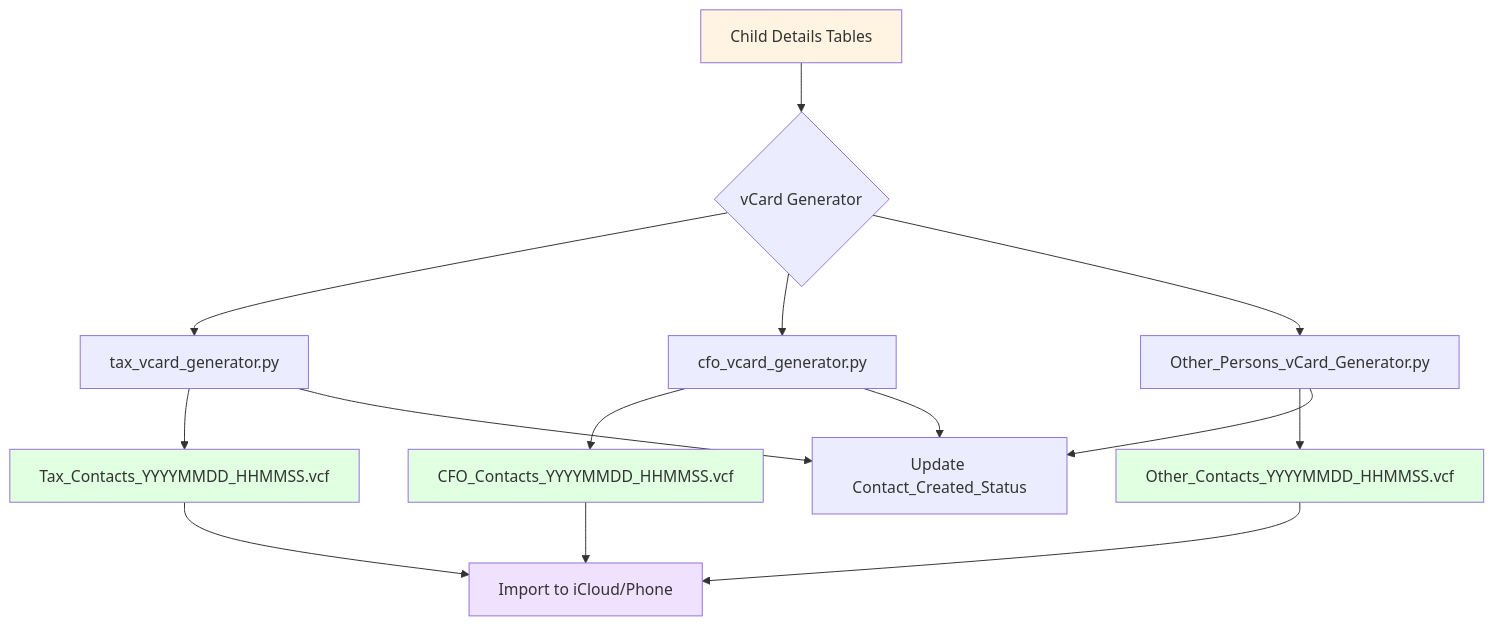
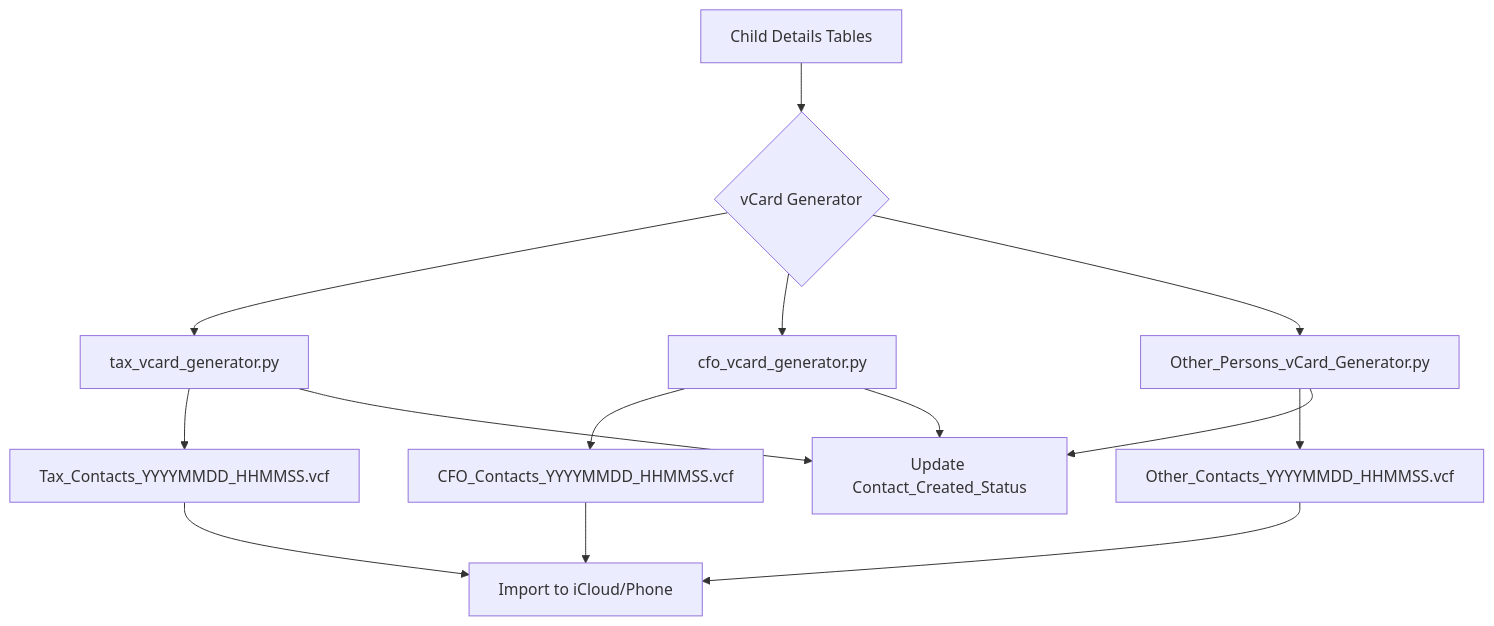
One commit to Acash-bits/tax_summit changed the seventh of 10 diagrams in Readme.md. Above: the diagram before and after it, drawn with Mermaid. The commit also changed other lines of this file, not shown here.

````diff
--- a/Readme.md
+++ b/Readme.md
@@ -792,25 +772,19 @@
 ```mermaid
 graph TB
     A[Child Details Tables] --> B{vCard Generator}
     B --> C[tax_vcard_generator.py]
     B --> D[cfo_vcard_generator.py]
     B --> E[Other_Persons_vCard_Generator.py]
     
     C --> F[Tax_Contacts_YYYYMMDD_HHMMSS.vcf]
     D --> G[CFO_Contacts_YYYYMMDD_HHMMSS.vcf]
     E --> H[Other_Contacts_YYYYMMDD_HHMMSS.vcf]
     
     F --> I[Import to iCloud/Phone]
     G --> I
     H --> I
     
     C --> J[Update Contact_Created_Status]
     D --> J
     E --> J
-    
-    style A fill:#fff4e1
-    style F fill:#e1ffe1
-    style G fill:#e1ffe1
-    style H fill:#e1ffe1
-    style I fill:#f0e1ff
 ```
````
